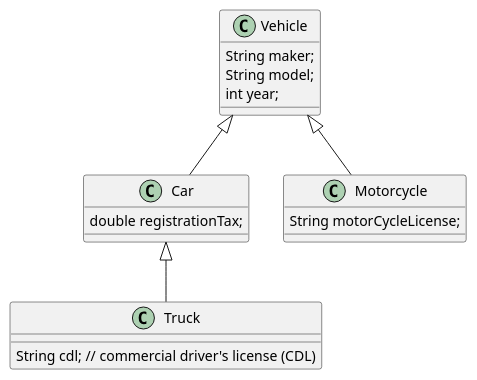
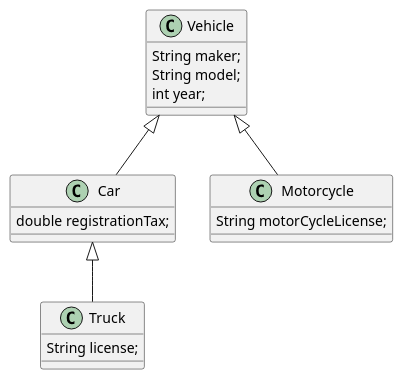
Before and after one commit to orm-camp-flutter-2ki/learn_dart_together: the diagram in lib/24_03_12/ex4. vehicle/0.vehicle_diagram.puml, drawn with PlantUML. The commit also changed 9 other files, not shown here.

Commit message:
edit: 코드 정리 및 클래스 다이어그램 정리

```diff
--- a/lib/24_03_12/ex4. vehicle/0.vehicle_diagram.puml
+++ b/lib/24_03_12/ex4. vehicle/0.vehicle_diagram.puml
@@ -1,24 +1,21 @@
 @startuml
 'https://plantuml.com/class-diagram
 
 class Vehicle {
     String maker;
     String model;
     int year;
 }
 
 class Car extends Vehicle{
     double registrationTax;
 }
 
 class Truck extends Car{
-    String cdl; // commercial driver's license (CDL)
+    String license;
 }
 
 class Motorcycle extends Vehicle {
-
     String motorCycleLicense;
 }
-
-
 @enduml
```
